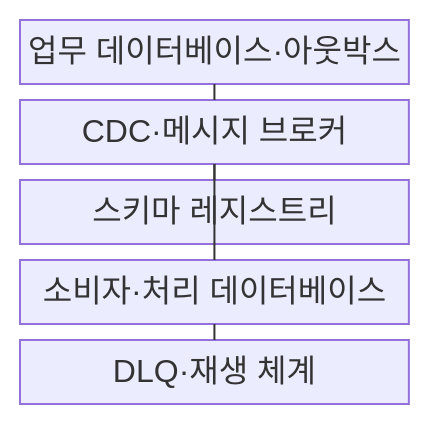
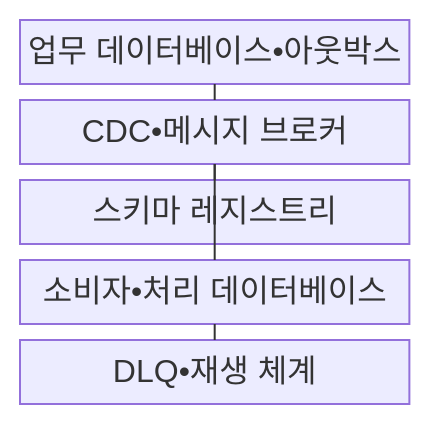
Before and after one commit to agnusdei1207/knowledge-base: the first of 2 diagrams in src/content/docs/notes/03-software/175_event_driven_architecture.md, drawn with Mermaid. The commit also changed other lines of this file and 953 other files, not shown here.

````diff
--- a/src/content/docs/notes/03-software/175_event_driven_architecture.md
+++ b/src/content/docs/notes/03-software/175_event_driven_architecture.md
@@ -69,13 +69,13 @@
 ```mermaid
 block
     columns 1
-    A["업무 데이터베이스·아웃박스"]
-    B["CDC·메시지 브로커"]
+    A["업무 데이터베이스•아웃박스"]
+    B["CDC•메시지 브로커"]
     C["스키마 레지스트리"]
-    D["소비자·처리 데이터베이스"]
-    E["DLQ·재생 체계"]
+    D["소비자•처리 데이터베이스"]
+    E["DLQ•재생 체계"]
     A --- B
     B --- C
     B --- D
     D --- E
 ```
````
